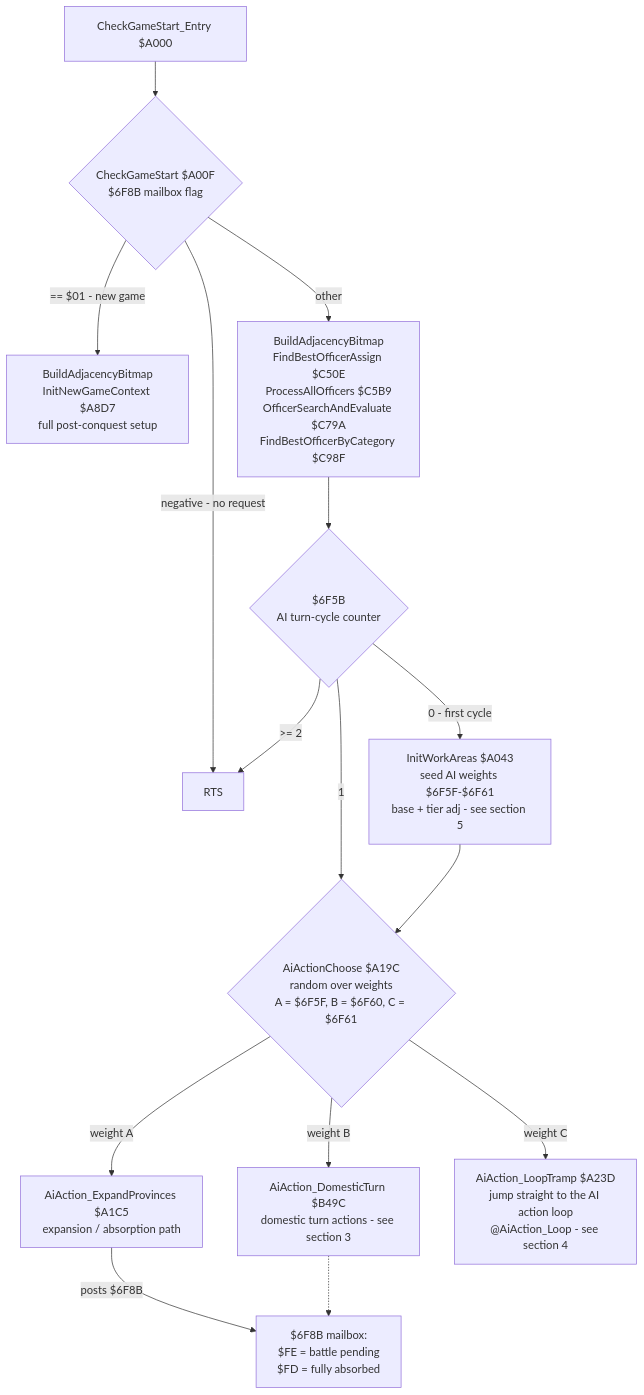
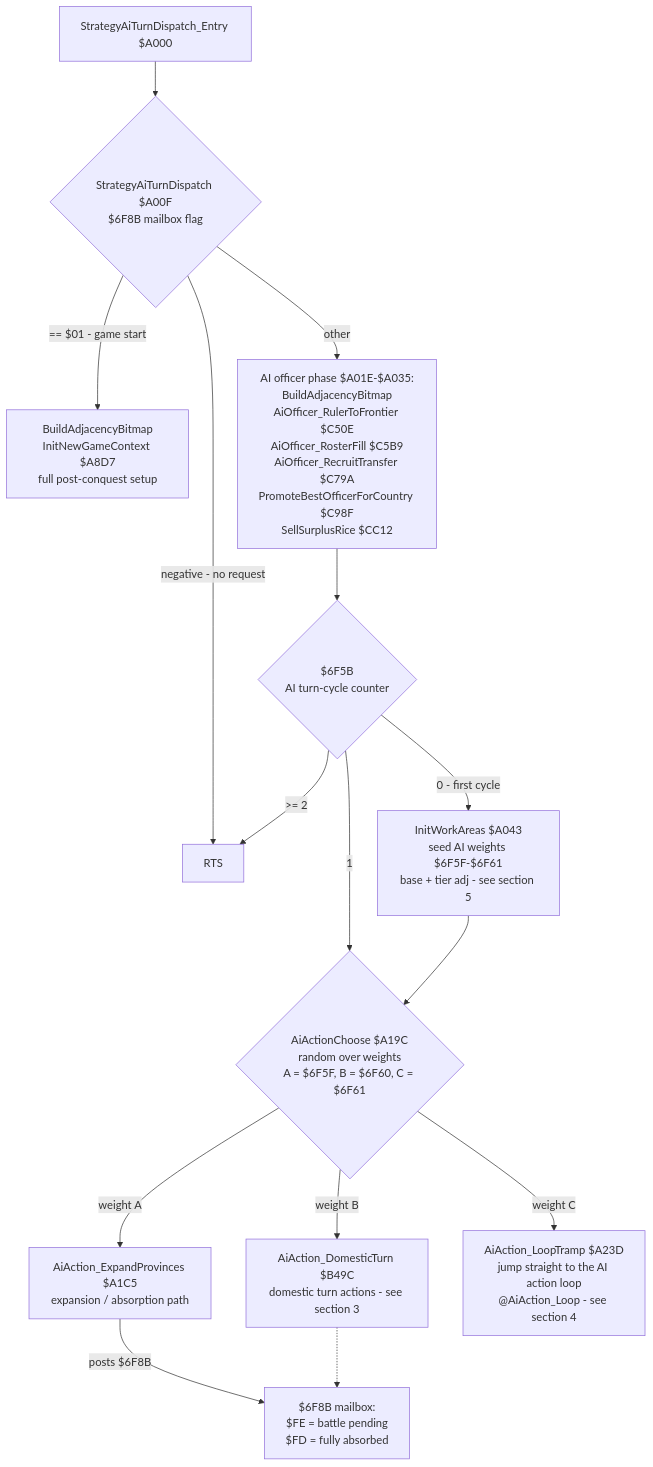
One commit to rabbyzero/sango2dasm changed the first of 4 diagrams in code/strategy_ai_decision_tree.md. Above: the diagram before and after it, drawn with Mermaid. The commit also changed other lines of this file and 8 other files, not shown here.

First line of the commit message:
Decode strategy AI turn dispatch and align officer routine names

````diff
--- a/code/strategy_ai_decision_tree.md
+++ b/code/strategy_ai_decision_tree.md
@@ -27,19 +27,19 @@
 ```mermaid
 flowchart TD
-    E["CheckGameStart_Entry $A000"] --> CGS{"CheckGameStart $A00F<br/>$6F8B mailbox flag"}
+    E["StrategyAiTurnDispatch_Entry $A000"] --> CGS{"StrategyAiTurnDispatch $A00F<br/>$6F8B mailbox flag"}
     CGS -->|"negative - no request"| X["RTS"]
-    CGS -->|"== $01 - new game"| NG["BuildAdjacencyBitmap<br/>InitNewGameContext $A8D7<br/>full post-conquest setup"]
-    CGS -->|"other"| OFF["BuildAdjacencyBitmap<br/>FindBestOfficerAssign $C50E<br/>ProcessAllOfficers $C5B9<br/>OfficerSearchAndEvaluate $C79A<br/>FindBestOfficerByCategory $C98F"]
+    CGS -->|"== $01 - game start"| NG["BuildAdjacencyBitmap<br/>InitNewGameContext $A8D7<br/>full post-conquest setup"]
+    CGS -->|"other"| OFF["AI officer phase $A01E-$A035:<br/>BuildAdjacencyBitmap<br/>AiOfficer_RulerToFrontier $C50E<br/>AiOfficer_RosterFill $C5B9<br/>AiOfficer_RecruitTransfer $C79A<br/>PromoteBestOfficerForCountry $C98F<br/>SellSurplusRice $CC12"]
     OFF --> CYC{"$6F5B<br/>AI turn-cycle counter"}
     CYC -->|"0 - first cycle"| IWA["InitWorkAreas $A043<br/>seed AI weights $6F5F-$6F61<br/>base + tier adj - see section 5"]
     CYC -->|"1"| WD
     CYC -->|">= 2"| X
     IWA --> WD
     WD{"AiActionChoose $A19C<br/>random over weights<br/>A = $6F5F, B = $6F60, C = $6F61"}
     WD -->|"weight A"| CEC["AiAction_ExpandProvinces $A1C5<br/>expansion / absorption path"]
     WD -->|"weight B"| ATD["AiAction_DomesticTurn $B49C<br/>domestic turn actions - see section 3"]
     WD -->|"weight C"| ET["AiAction_LoopTramp $A23D<br/>jump straight to the AI action loop<br/>@AiAction_Loop - see section 4"]
 
     CEC -->|"posts $6F8B"| MB["$6F8B mailbox:<br/>$FE = battle pending<br/>$FD = fully absorbed"]
     ATD -.-> MB
 ```
````
